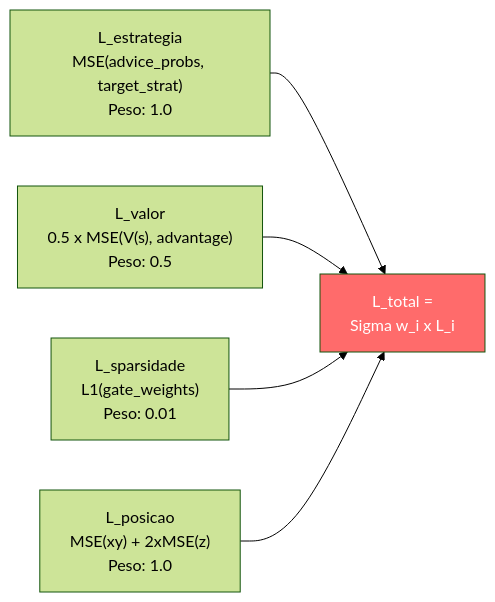
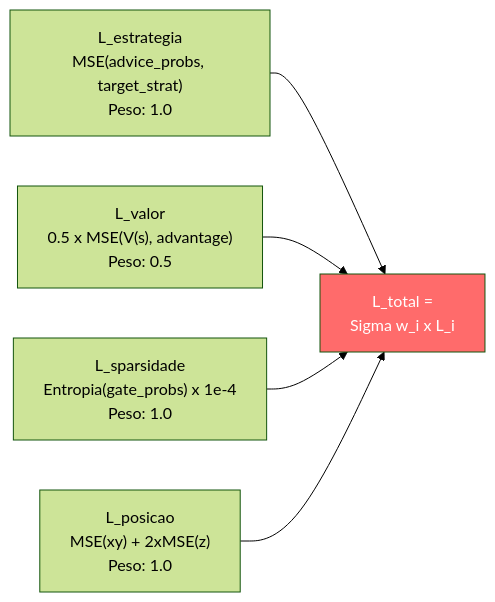
The eighth of 52 diagrams in docs/books/Book-Coach-3-pt.md (renanaugustomacena-ux/Counter-Strike-coach-AI), drawn with Mermaid (forest theme) before and after one commit. The commit also changed other lines of this file and 36 other files, not shown here.

````diff
--- a/docs/books/Book-Coach-3-pt.md
+++ b/docs/books/Book-Coach-3-pt.md
@@ -577,12 +585,12 @@
 ```mermaid
 flowchart LR
     STRAT["L_estrategia<br/>MSE(advice_probs, target_strat)<br/>Peso: 1.0"]
     VALUE["L_valor<br/>0.5 x MSE(V(s), advantage)<br/>Peso: 0.5"]
-    SPARSE["L_sparsidade<br/>L1(gate_weights)<br/>Peso: 0.01"]
+    SPARSE["L_sparsidade<br/>Entropia(gate_probs) x 1e-4<br/>Peso: 1.0"]
     POS["L_posicao<br/>MSE(xy) + 2xMSE(z)<br/>Peso: 1.0"]
     STRAT --> TOTAL["L_total =<br/>Sigma w_i x L_i"]
     VALUE --> TOTAL
     SPARSE --> TOTAL
     POS --> TOTAL
     style TOTAL fill:#ff6b6b,color:#fff
 ```
````
